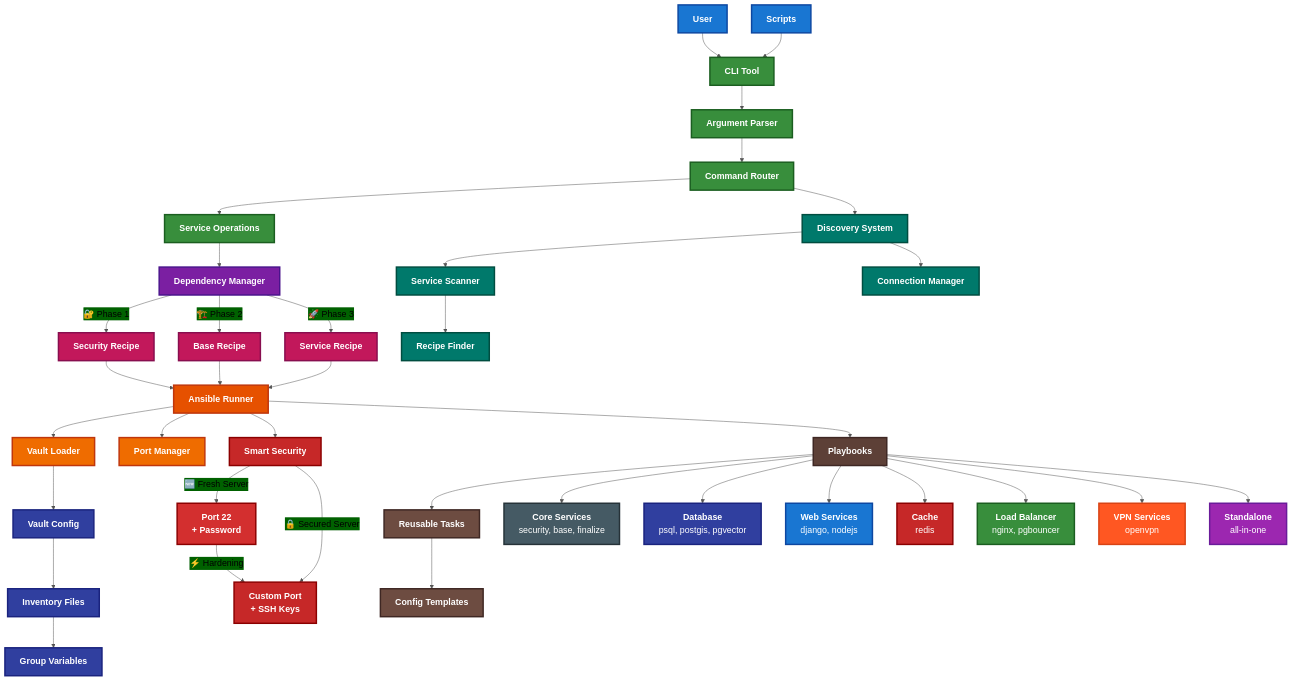
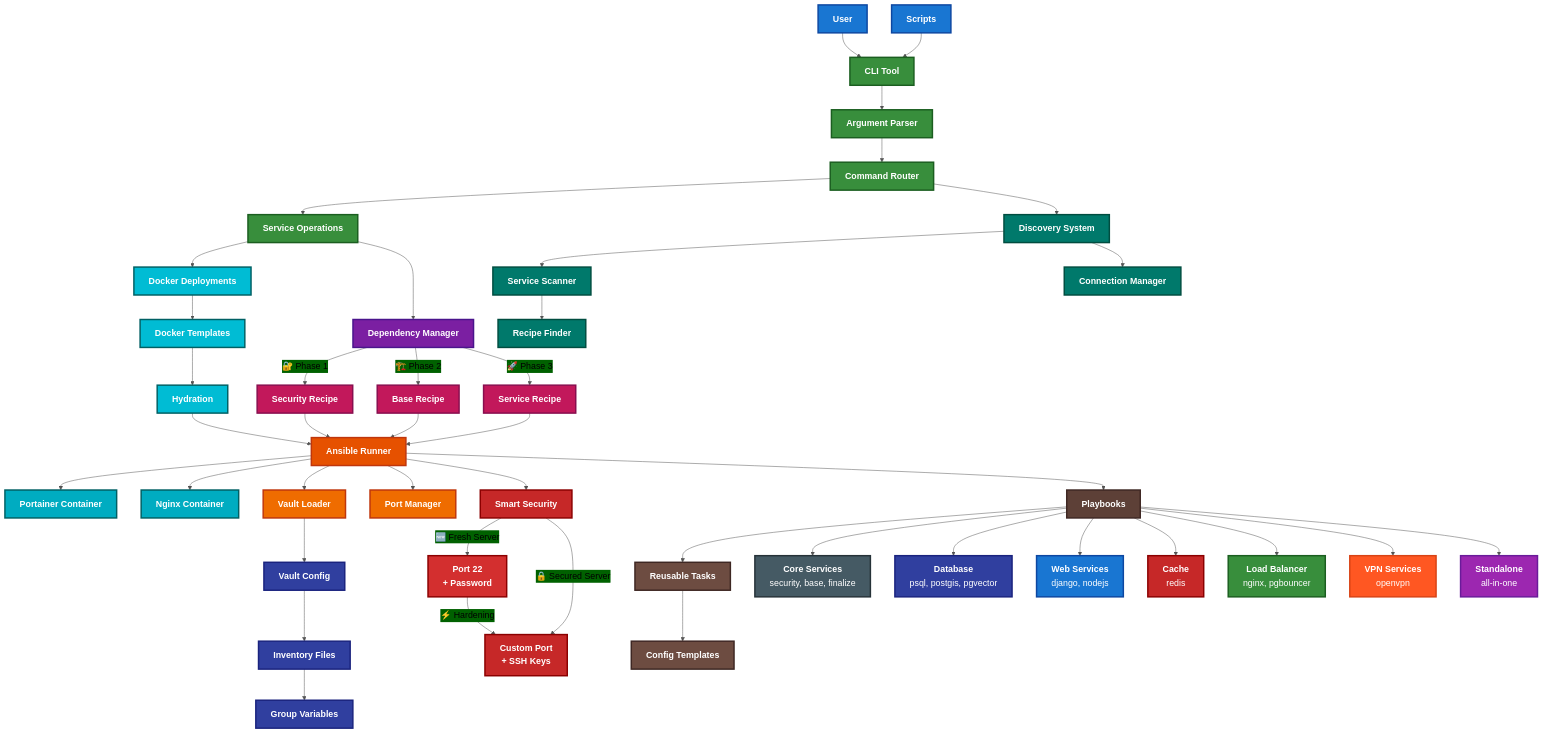
Before and after one commit to un33k/ansible-cloudy: the diagram in README.md, drawn with Mermaid.

Commit message:
readme, arch flow

```diff
--- a/README.md
+++ b/README.md
@@ -417,6 +417,14 @@
     CLI --> AP[<b>Argument Parser</b>]
     AP --> CR[<b>Command Router</b>]
     CR --> SO[<b>Service Operations</b>]
+    
+    %% Docker Template Flow - Cyan Theme
+    SO --> DD[<b>Docker Deployments</b>]
+    DD --> DT[<b>Docker Templates</b>]
+    DT --> TH[<b>Hydration</b>]
+    TH --> AR[<b>Ansible Runner</b>]
+    AR --> PC[<b>Portainer Container</b>]
+    AR --> NC[<b>Nginx Container</b>]
     
     %% Service Discovery - Teal Theme
     CR --> DS[<b>Discovery System</b>]
@@ -472,6 +480,13 @@
     style CR fill:#388E3C,stroke:#1B5E20,stroke-width:3px,color:#fff
     style SO fill:#388E3C,stroke:#1B5E20,stroke-width:3px,color:#fff
     
+    %% Docker Template Flow - Cyan
+    style DD fill:#00BCD4,stroke:#006064,stroke-width:3px,color:#fff
+    style DT fill:#00BCD4,stroke:#006064,stroke-width:3px,color:#fff
+    style TH fill:#00BCD4,stroke:#006064,stroke-width:3px,color:#fff
+    style PC fill:#00ACC1,stroke:#006064,stroke-width:3px,color:#fff
+    style NC fill:#00ACC1,stroke:#006064,stroke-width:3px,color:#fff
+    
     %% Discovery - Teal
     style DS fill:#00796B,stroke:#004D40,stroke-width:3px,color:#fff
     style SS fill:#00796B,stroke:#004D40,stroke-width:3px,color:#fff
```
